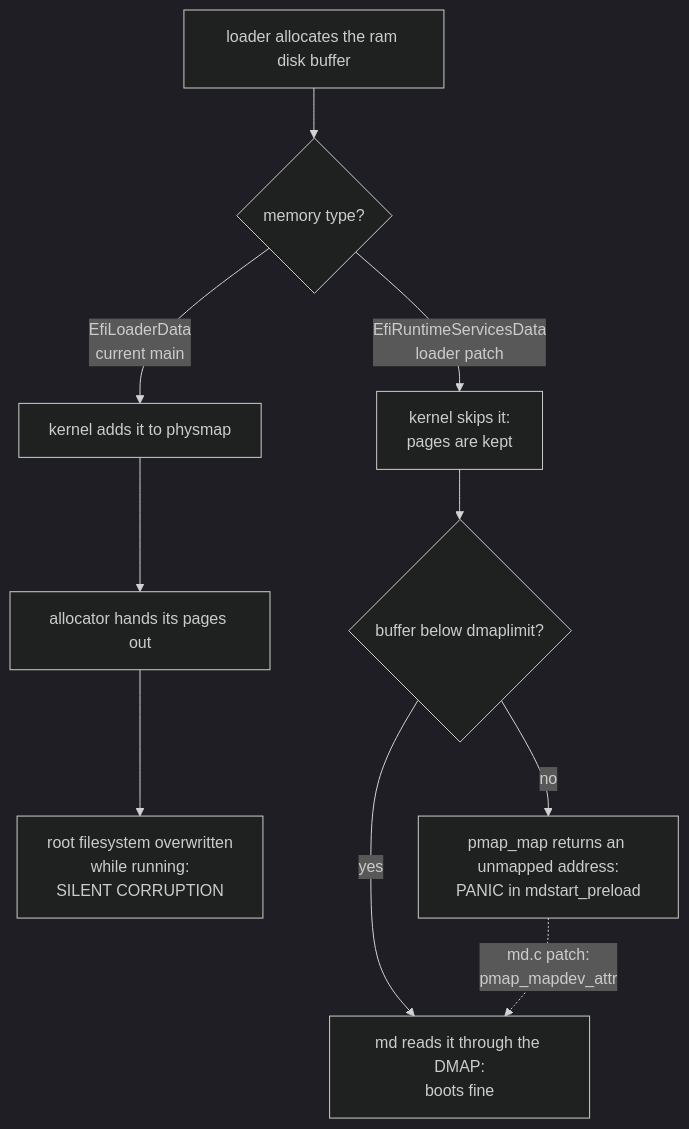
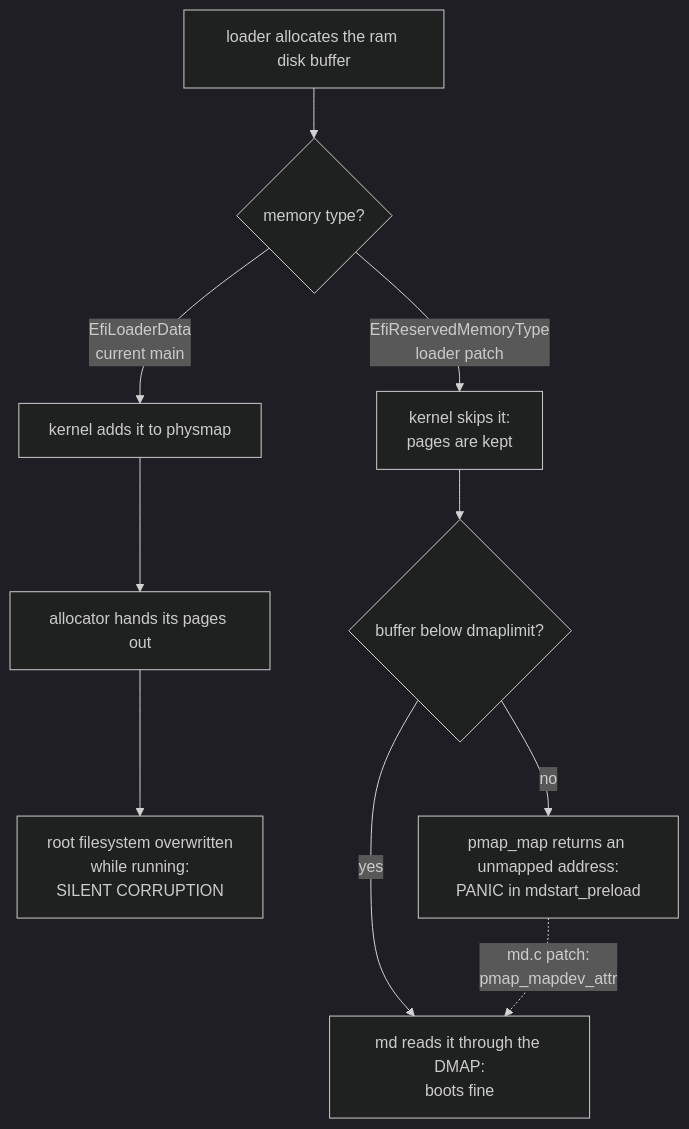
The second of 3 diagrams in FreeBSD/docs/bugreport_loader_memdisk_memtype.md (ocochard/myscripts), drawn with Mermaid (dark theme) before and after one commit. The commit also changed other lines of this file and 3 other files, not shown here.

First line of the commit message:
FreeBSD: loader memdisk= ram disk uses EfiReservedMemoryType

````diff
--- a/FreeBSD/docs/bugreport_loader_memdisk_memtype.md
+++ b/FreeBSD/docs/bugreport_loader_memdisk_memtype.md
@@ -137,12 +137,12 @@
 ```mermaid
 flowchart TD
     A[loader allocates the ram disk buffer] --> B{memory type?}
     B -->|EfiLoaderData<br/>current main| C[kernel adds it to physmap]
     C --> D[allocator hands its pages out]
     D --> E[root filesystem overwritten<br/>while running:<br/>SILENT CORRUPTION]
-    B -->|EfiRuntimeServicesData<br/>loader patch| F[kernel skips it:<br/>pages are kept]
+    B -->|EfiReservedMemoryType<br/>loader patch| F[kernel skips it:<br/>pages are kept]
     F --> G{buffer below dmaplimit?}
     G -->|yes| H[md reads it through the DMAP:<br/>boots fine]
     G -->|no| I[pmap_map returns an unmapped address:<br/>PANIC in mdstart_preload]
     I -.->|md.c patch:<br/>pmap_mapdev_attr| H
 ```
````
